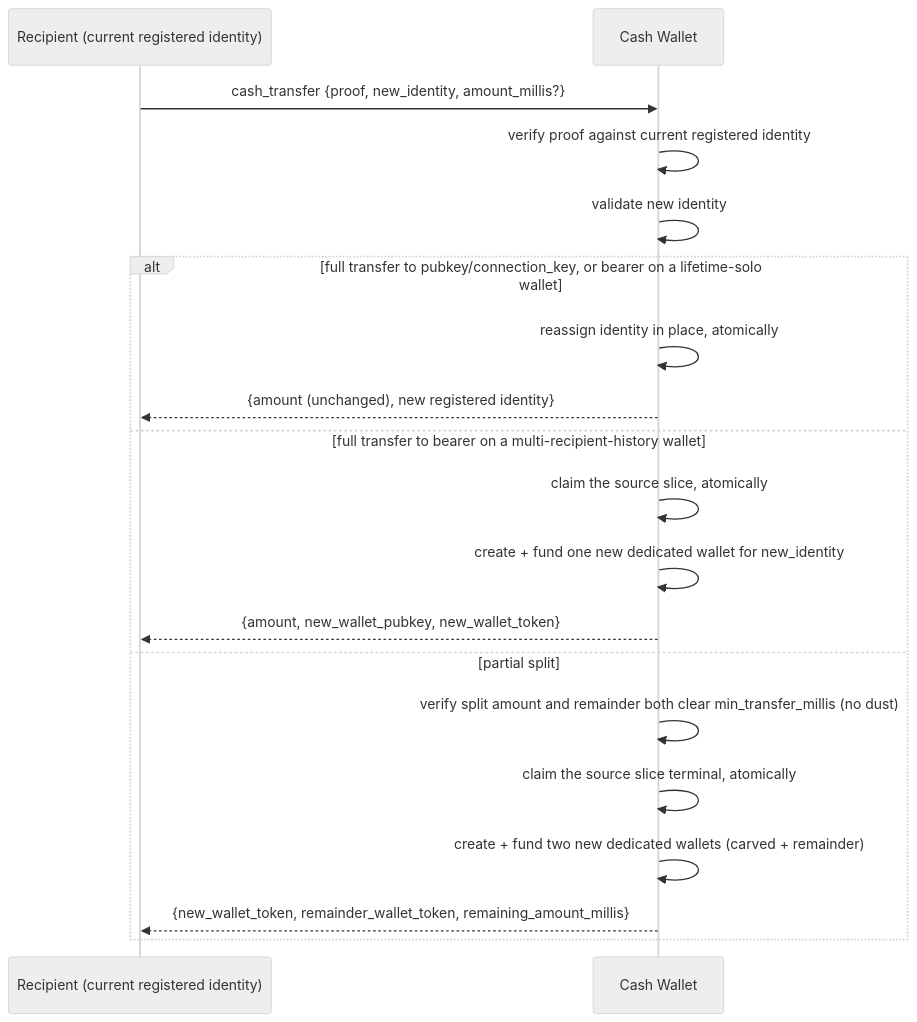
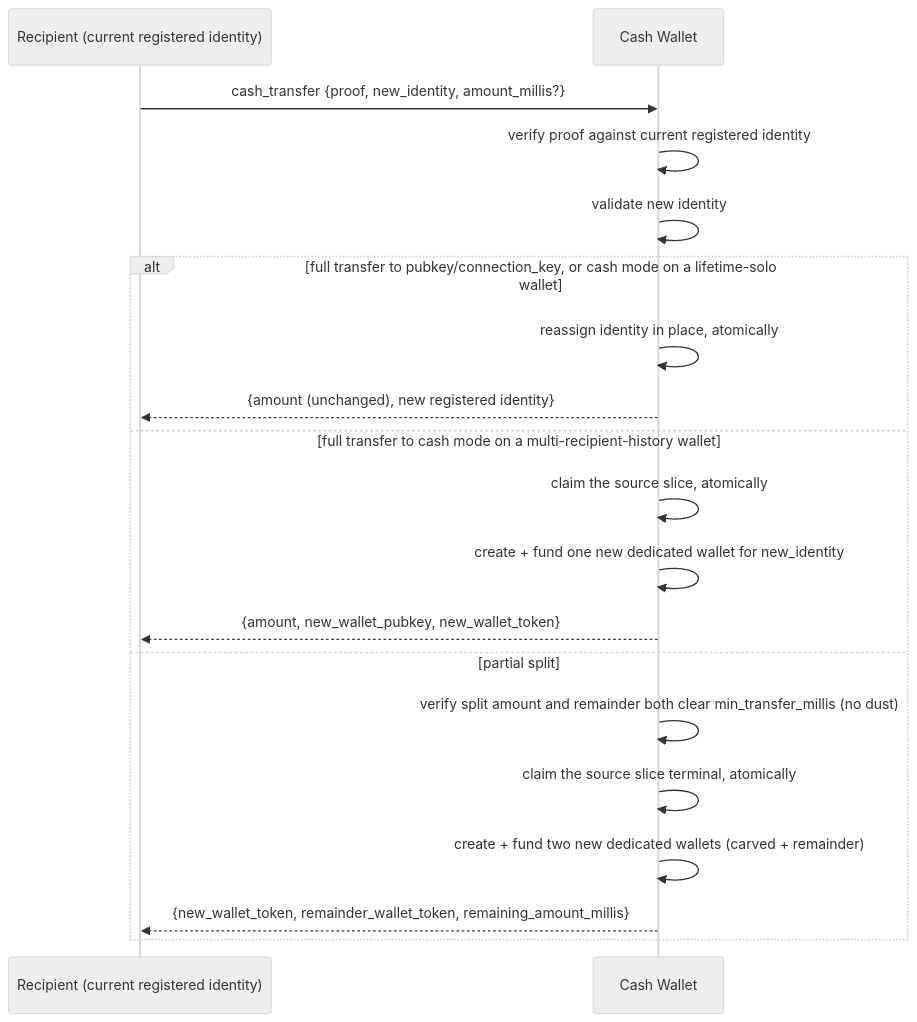
One commit to flokiorg/lokihub changed the fourth of 8 diagrams in docs/nips/NIP-CASH.md. Above: the diagram before and after it, drawn with Mermaid (neutral theme). The commit also changed other lines of this file and 67 other files, not shown here.

First line of the commit message:
feat(cash)!: rename bearer mode to cash mode (#102)

````diff
--- a/docs/nips/NIP-CASH.md
+++ b/docs/nips/NIP-CASH.md
@@ -509,22 +516,22 @@
 ```mermaid
 sequenceDiagram
     participant Caller as Recipient (current registered identity)
     participant Wallet as Cash Wallet
 
     Caller->>Wallet: cash_transfer {proof, new_identity, amount_millis?}
     Wallet->>Wallet: verify proof against current registered identity
     Wallet->>Wallet: validate new identity
-    alt full transfer to pubkey/connection_key, or bearer on a lifetime-solo wallet
+    alt full transfer to pubkey/connection_key, or cash mode on a lifetime-solo wallet
         Wallet->>Wallet: reassign identity in place, atomically
         Wallet-->>Caller: {amount (unchanged), new registered identity}
-    else full transfer to bearer on a multi-recipient-history wallet
+    else full transfer to cash mode on a multi-recipient-history wallet
         Wallet->>Wallet: claim the source slice, atomically
         Wallet->>Wallet: create + fund one new dedicated wallet for new_identity
         Wallet-->>Caller: {amount, new_wallet_pubkey, new_wallet_token}
     else partial split
         Wallet->>Wallet: verify split amount and remainder both clear min_transfer_millis (no dust)
         Wallet->>Wallet: claim the source slice terminal, atomically
         Wallet->>Wallet: create + fund two new dedicated wallets (carved + remainder)
         Wallet-->>Caller: {new_wallet_token, remainder_wallet_token, remaining_amount_millis}
     end
 ```
````
